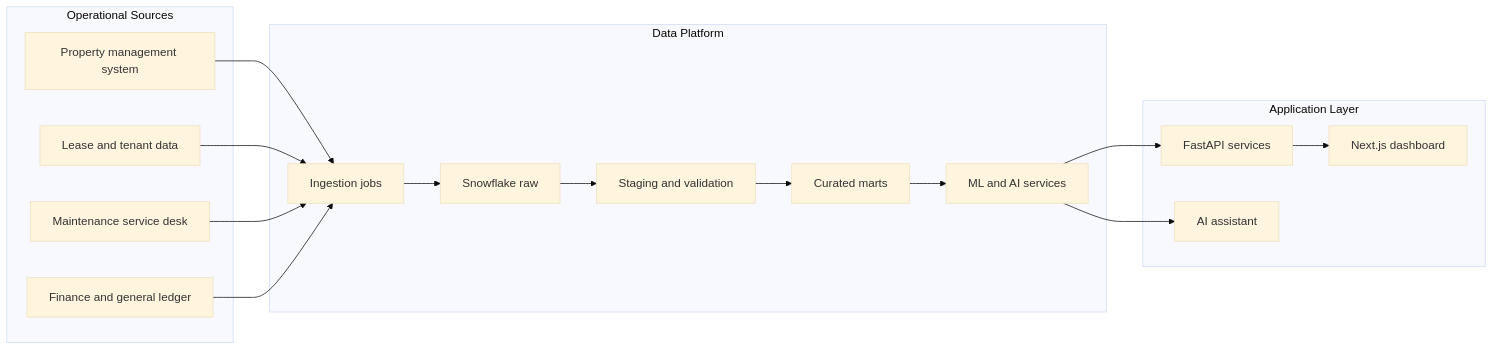
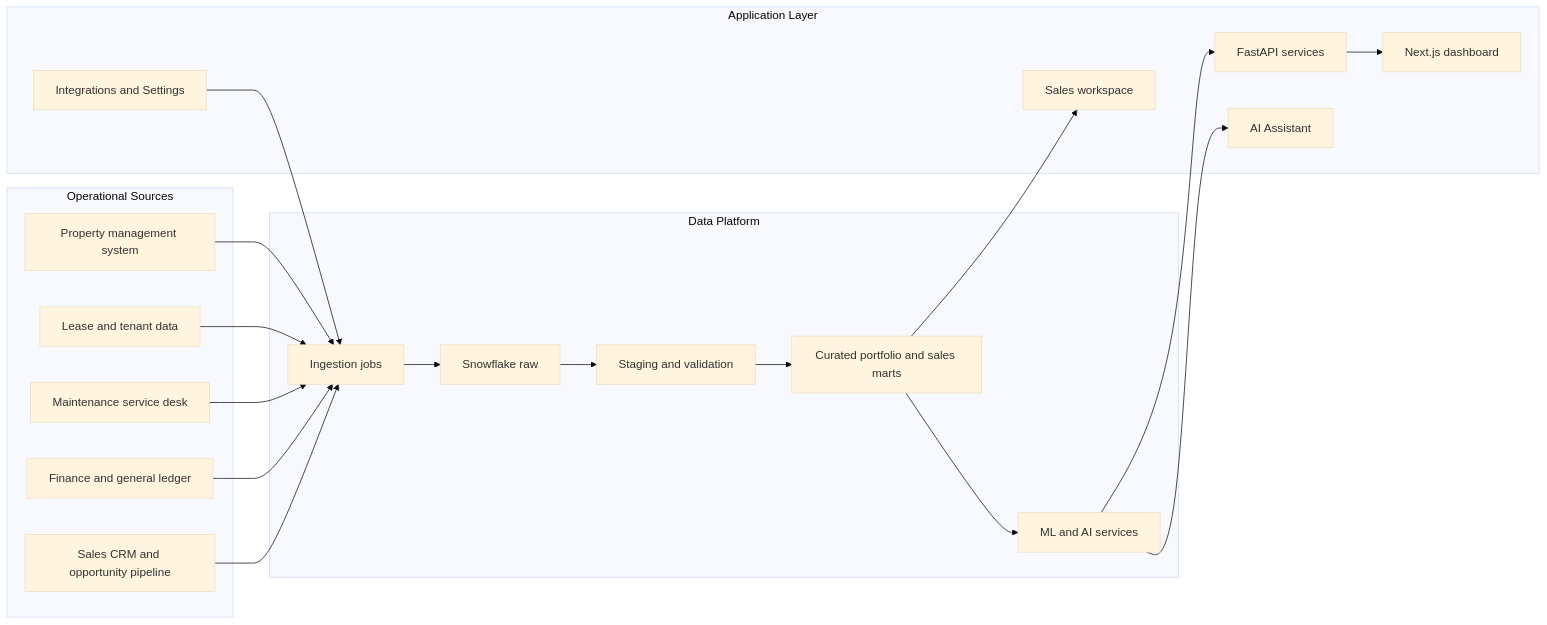
The second of 17 diagrams in README.md (Web8080/enterprise-intelligence-platform), drawn with Mermaid (base theme) before and after one commit. The commit also changed other lines of this file and 15 other files, not shown here.

Commit message:
Add sales, AI assistant, integrations and settings dashboard views

````diff
--- a/README.md
+++ b/README.md
@@ -49,31 +54,37 @@
 ```mermaid
 flowchart LR
     subgraph Source[Operational Sources]
         S1[Property management system]
         S2[Lease and tenant data]
         S3[Maintenance service desk]
         S4[Finance and general ledger]
+        S5[Sales CRM and opportunity pipeline]
     end
 
     subgraph Data[Data Platform]
         D1[Ingestion jobs]
         D2[Snowflake raw]
         D3[Staging and validation]
-        D4[Curated marts]
+        D4[Curated portfolio and sales marts]
         D5[ML and AI services]
     end
 
     subgraph App[Application Layer]
         A1[FastAPI services]
         A2[Next.js dashboard]
-        A3[AI assistant]
+        A3[AI Assistant]
+        A4[Sales workspace]
+        A5[Integrations and Settings]
     end
 
     S1 --> D1
     S2 --> D1
     S3 --> D1
     S4 --> D1
+    S5 --> D1
     D1 --> D2 --> D3 --> D4 --> D5
     D5 --> A1 --> A2
     D5 --> A3
+    D4 --> A4
+    A5 --> D1
 ```
````
